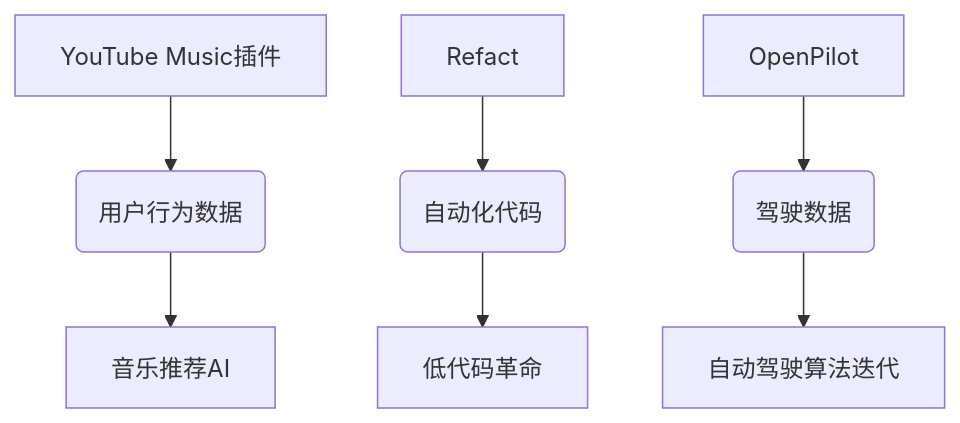
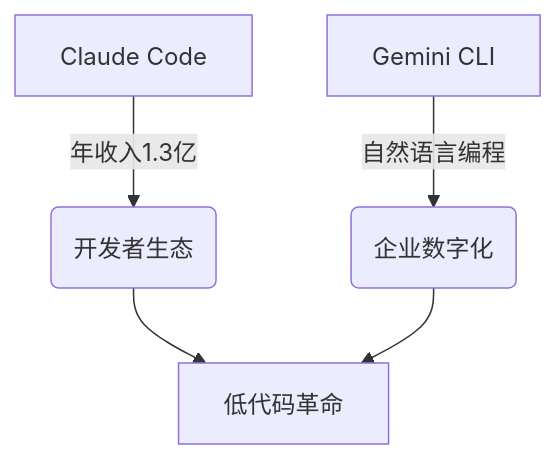
One commit to WarrenHao/AiDaily changed the second of 2 diagrams in daily/2025-07-08.md. Above: the diagram before and after it, drawn with Mermaid. The commit also changed other lines of this file, not shown here.

````diff
--- a/daily/2025-07-08.md
+++ b/daily/2025-07-08.md
@@ -65,9 +57,7 @@
 ```mermaid
 graph TD
-    A[YouTube Music插件] --> B(用户行为数据)
-    B --> C[音乐推荐AI]
-    D[Refact] --> E(自动化代码)
-    E --> F[低代码革命]
-    G[OpenPilot] --> H(驾驶数据)
-    H --> I[自动驾驶算法迭代]
+  A[Claude Code] -->|年收入1.3亿| B(开发者生态)
+  C[Gemini CLI] -->|自然语言编程| D(企业数字化)
+  B --> E[低代码革命]
+  D --> E
 ```
````
